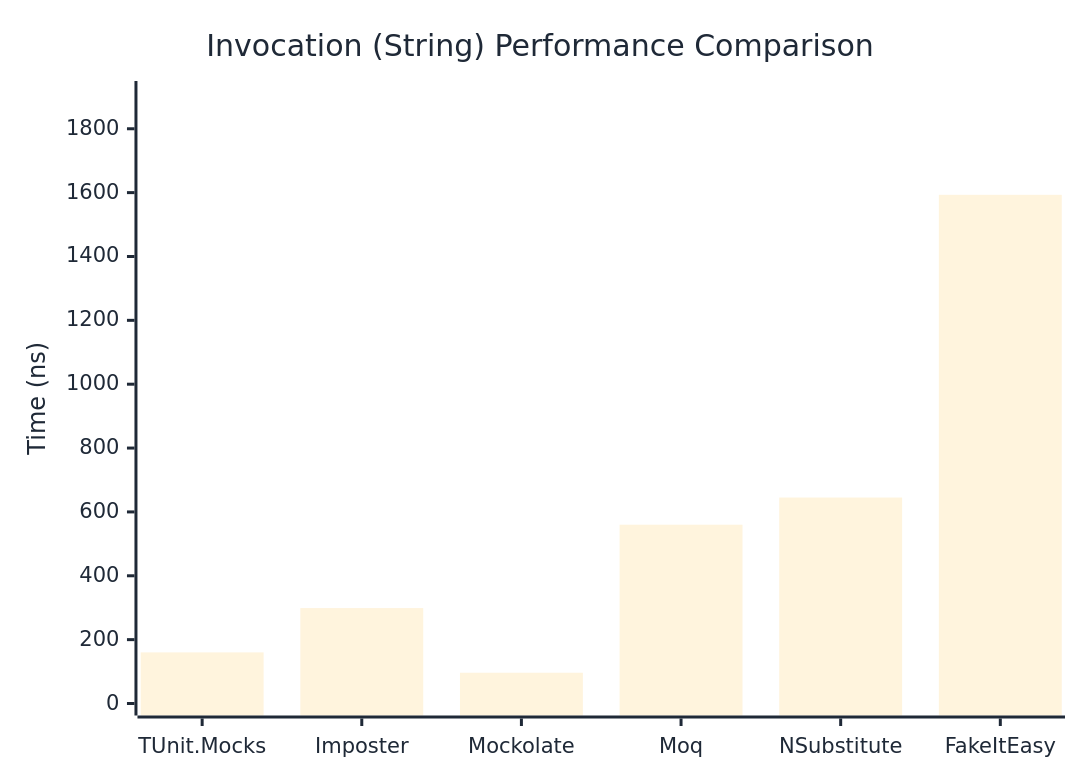
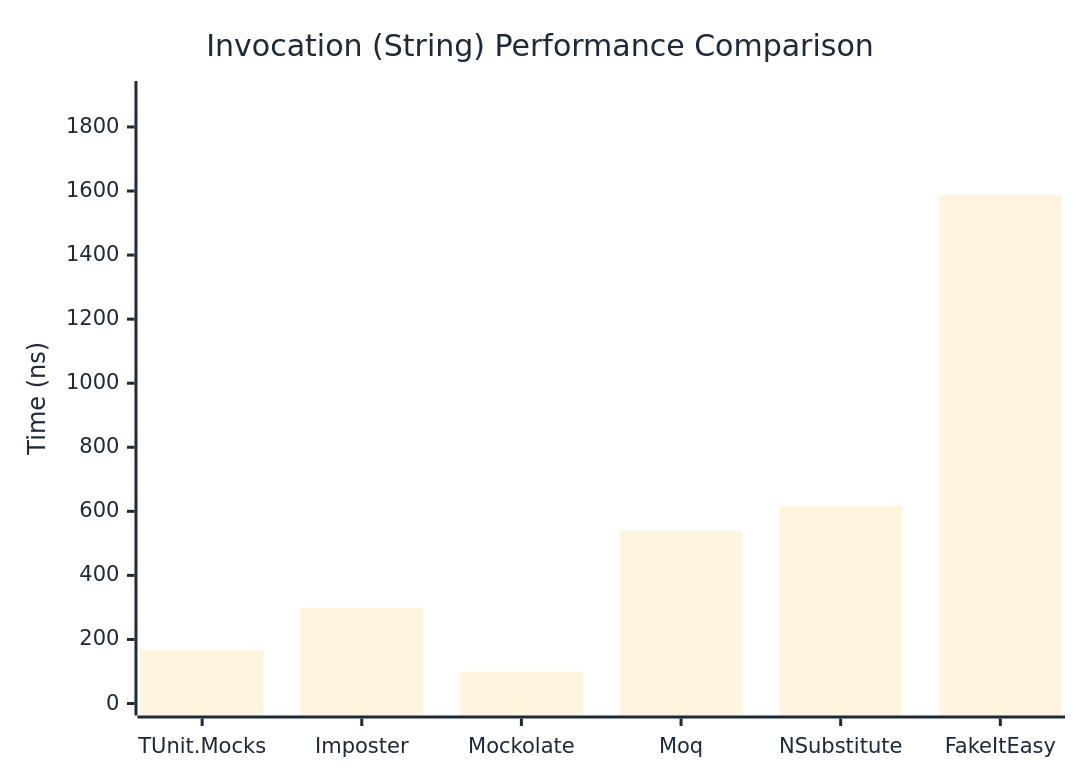
One commit to thomhurst/TUnit changed the second of 3 diagrams in docs/docs/benchmarks/mocks/Invocation.md. Above: the diagram before and after it, drawn with Mermaid. The commit also changed other lines of this file and 14 other files, not shown here.

````diff
--- a/docs/docs/benchmarks/mocks/Invocation.md
+++ b/docs/docs/benchmarks/mocks/Invocation.md
@@ -69,27 +69,27 @@
 ```mermaid
 %%{init: {
   'theme':'base',
   'themeVariables': {
     'primaryColor': '#2563eb',
     'primaryTextColor': '#1f2937',
     'primaryBorderColor': '#1e40af',
     'lineColor': '#6b7280',
     'secondaryColor': '#7c3aed',
     'tertiaryColor': '#dc2626',
     'background': '#ffffff',
     'pie1': '#2563eb',
     'pie2': '#7c3aed',
     'pie3': '#dc2626',
     'pie4': '#f59e0b',
     'pie5': '#10b981',
     'pie6': '#06b6d4',
     'pie7': '#ec4899',
     'pie8': '#6366f1'
   }
 }}%%
 xychart-beta
   title "Invocation (String) Performance Comparison"
   x-axis ["TUnit.Mocks", "Imposter", "Mockolate", "Moq", "NSubstitute", "FakeItEasy"]
-  y-axis "Time (ns)" 0 --> 1912
-  bar [160.09, 298.88, 96.36, 560, 645.05, 1593.08]
+  y-axis "Time (ns)" 0 --> 1906
+  bar [166.12, 299.08, 99.58, 539.76, 616.67, 1587.78]
 ```
````
